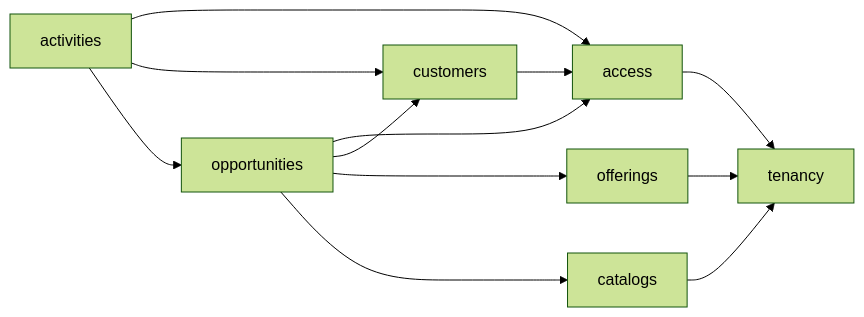
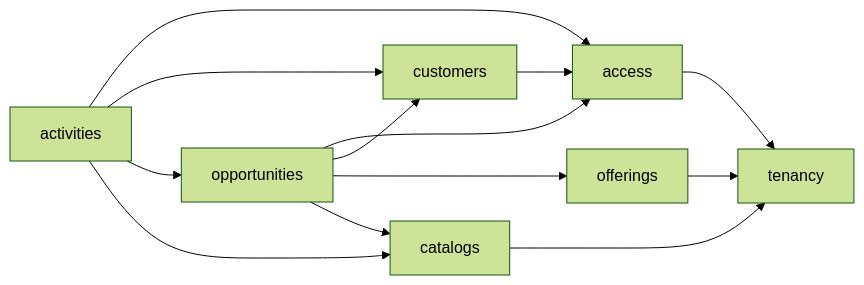
The diagram in docs/arquitectura/02-modulos-y-capas.md (TomasFelice/UNLAM-GADS1), drawn with Mermaid (forest theme) before and after one commit. The commit also changed other lines of this file and 351 other files, not shown here.

````diff
--- a/docs/arquitectura/02-modulos-y-capas.md
+++ b/docs/arquitectura/02-modulos-y-capas.md
@@ -19,14 +19,15 @@
 ```mermaid
 flowchart LR
     access --> tenancy
     customers --> access
     offerings --> tenancy
     catalogs --> tenancy
     opportunities --> access
     opportunities --> customers
     opportunities --> offerings
     opportunities --> catalogs
     activities --> access
     activities --> customers
     activities --> opportunities
+    activities --> catalogs
 ```
````
